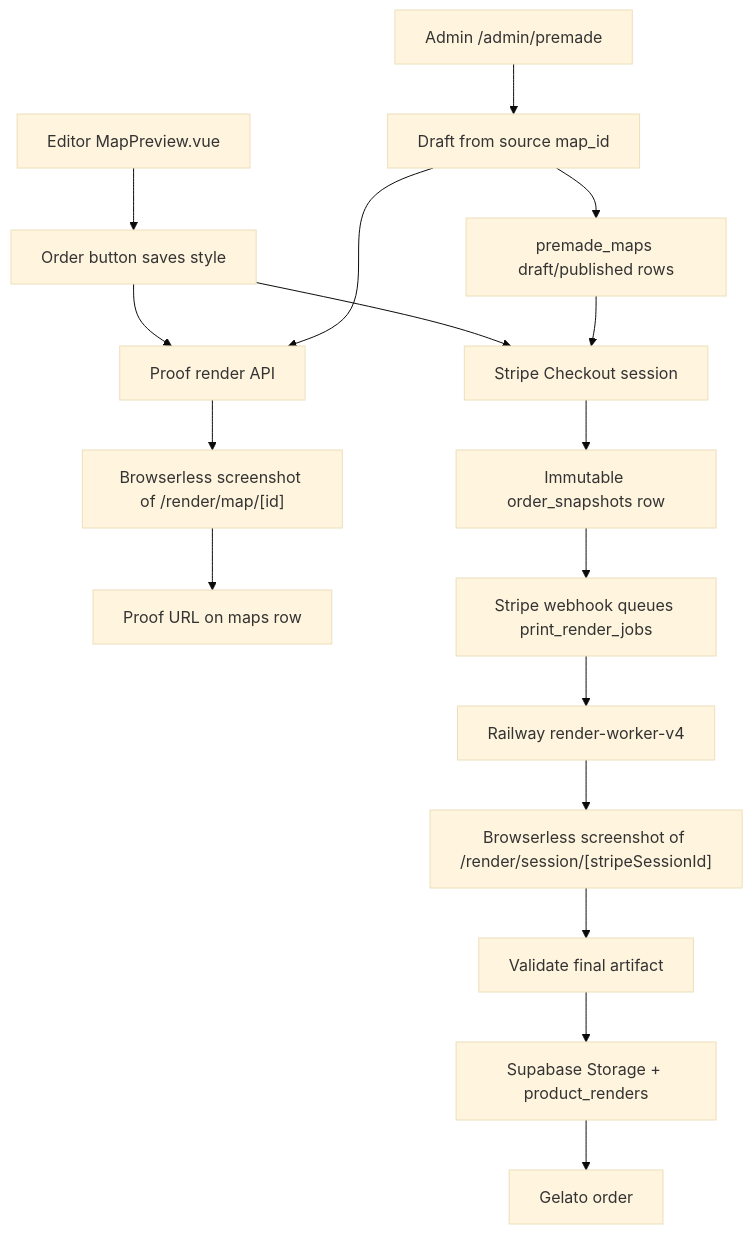
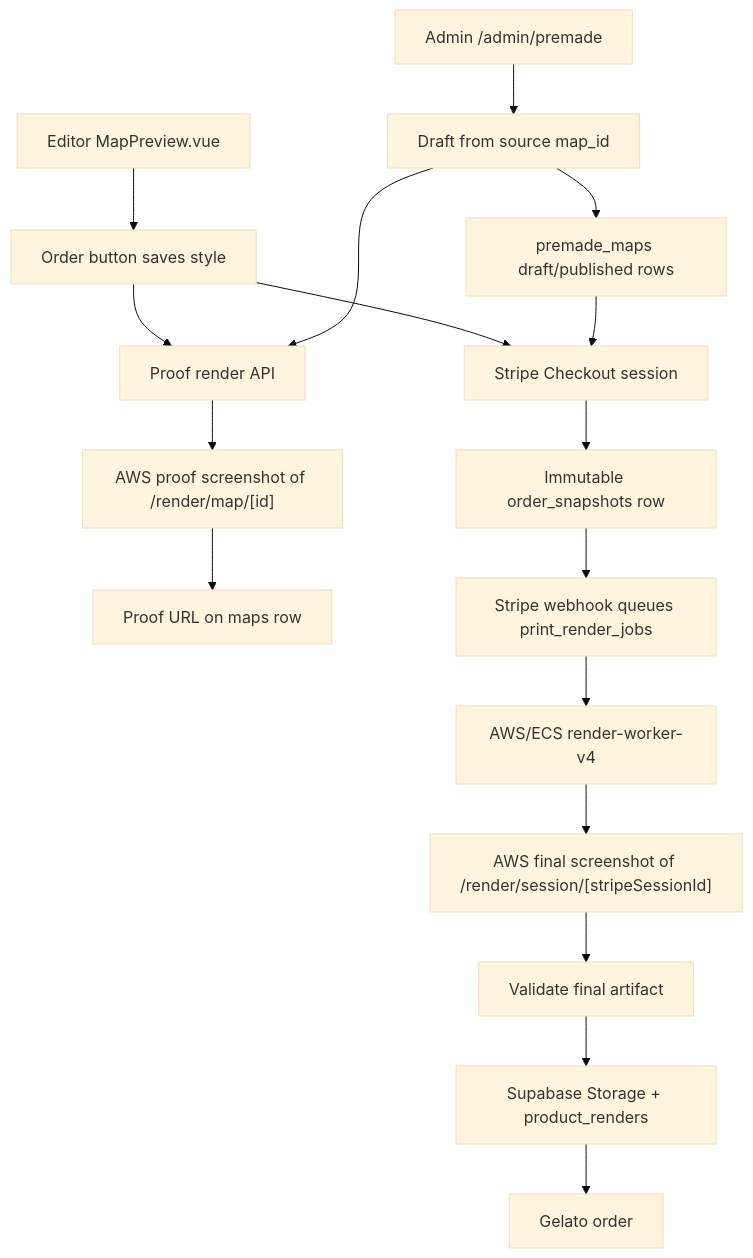
Before and after one commit to anthonynmaro/radmaps: the diagram in docs/ARCHITECTURE_SECURITY_REVIEW.md, drawn with Mermaid (base theme). The commit also changed other lines of this file and 96 other files, not shown here.

````diff
--- a/docs/ARCHITECTURE_SECURITY_REVIEW.md
+++ b/docs/ARCHITECTURE_SECURITY_REVIEW.md
@@ -53,19 +54,19 @@
 ```mermaid
 flowchart TD
   A["Editor MapPreview.vue"] --> B["Order button saves style"]
   B --> C["Proof render API"]
-  C --> D["Browserless screenshot of /render/map/[id]"]
+  C --> D["AWS proof screenshot of /render/map/[id]"]
   D --> E["Proof URL on maps row"]
   B --> F["Stripe Checkout session"]
   N["Admin /admin/premade"] --> O["Draft from source map_id"]
   O --> C
   O --> P["premade_maps draft/published rows"]
   P --> F
   F --> G["Immutable order_snapshots row"]
   G --> H["Stripe webhook queues print_render_jobs"]
-  H --> I["Railway render-worker-v4"]
-  I --> J["Browserless screenshot of /render/session/[stripeSessionId]"]
+  H --> I["AWS/ECS render-worker-v4"]
+  I --> J["AWS final screenshot of /render/session/[stripeSessionId]"]
   J --> K["Validate final artifact"]
   K --> L["Supabase Storage + product_renders"]
   L --> M["Gelato order"]
 ```
````
